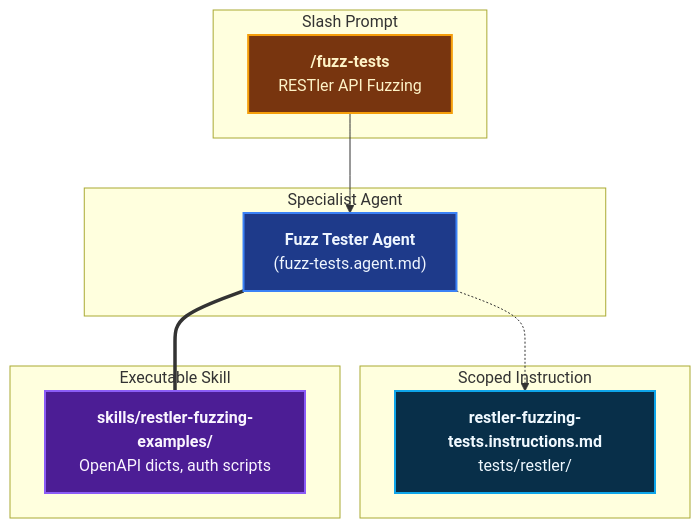
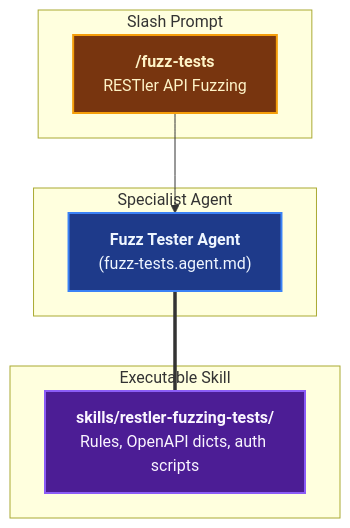
Before and after one commit to ALTEN-group/coding-pal: the sixth of 6 diagrams in website/docs/guide/domain-testing.md, drawn with Mermaid. The commit also changed other lines of this file and 173 other files, not shown here.

````diff
--- a/website/docs/guide/domain-testing.md
+++ b/website/docs/guide/domain-testing.md
@@ -179,35 +172,28 @@
 ```mermaid
 ---
 caption: API Fuzz Testing Flow
 ---
 flowchart TD
     subgraph Triggers ["Slash Prompt"]
         P_FUZZ["<b>/fuzz-tests</b><br/>RESTler API Fuzzing"]
     end
 
     subgraph Specialists ["Specialist Agent"]
         A_FUZZ["<b>Fuzz Tester Agent</b><br/>(fuzz-tests.agent.md)"]
     end
 
-    subgraph Standards ["Scoped Instruction"]
-        I_FUZZ["<b>restler-fuzzing-tests.instructions.md</b><br/>tests/restler/"]
-    end
-
     subgraph Bundles ["Executable Skill"]
-        S_FUZZ["<b>skills/restler-fuzzing-examples/</b><br/>OpenAPI dicts, auth scripts"]
+        S_FUZZ["<b>skills/restler-fuzzing-tests/</b><br/>Rules, OpenAPI dicts, auth scripts"]
     end
 
     P_FUZZ --> A_FUZZ
-    A_FUZZ -.-> I_FUZZ
     A_FUZZ === S_FUZZ
 
     classDef prompt fill:#78350f,stroke:#f59e0b,stroke-width:2px,color:#fef3c7;
     classDef agent fill:#1e3a8a,stroke:#3b82f6,stroke-width:2px,color:#eff6ff;
-    classDef standard fill:#082f49,stroke:#0ea5e9,stroke-width:2px,color:#f0f9ff;
     classDef skill fill:#4c1d95,stroke:#8b5cf6,stroke-width:2px,color:#faf5ff;
 
     class P_FUZZ prompt;
     class A_FUZZ agent;
-    class I_FUZZ standard;
     class S_FUZZ skill;
 ```
````
